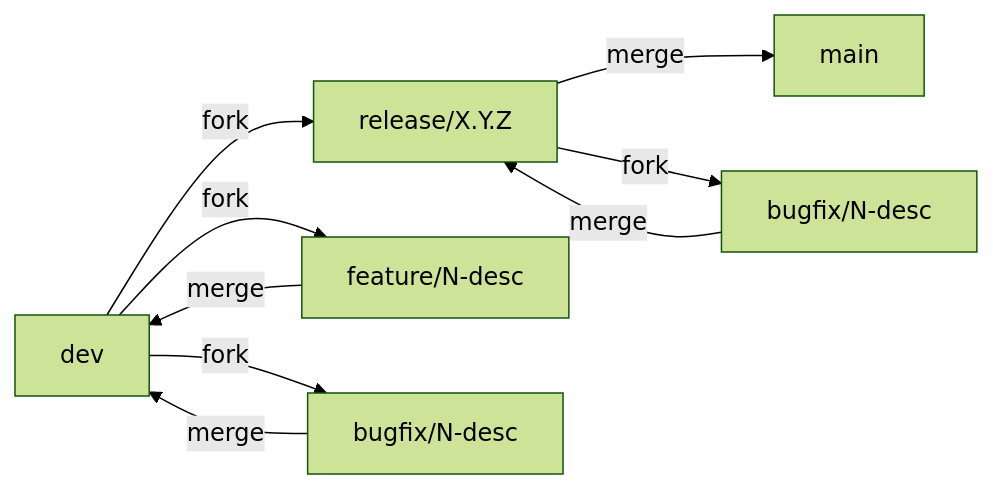
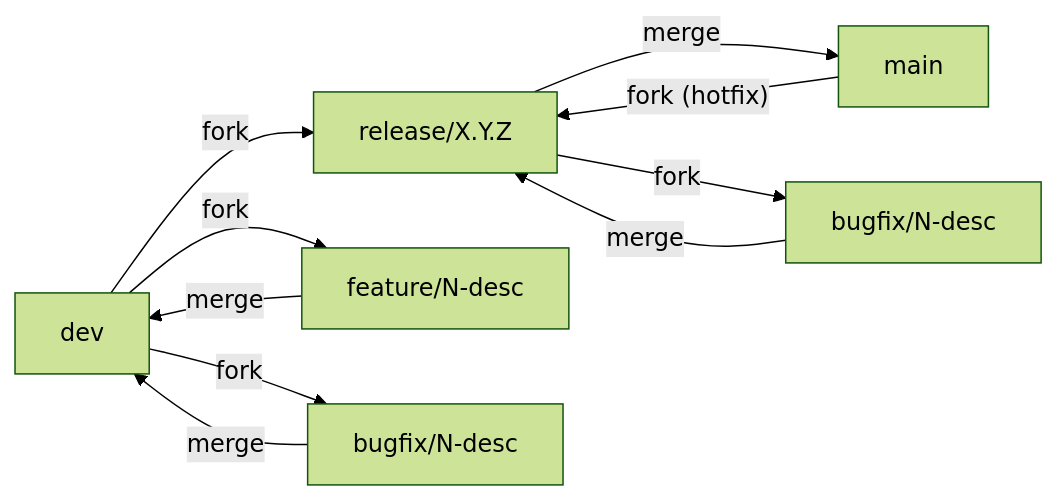
The first of 3 diagrams in docs/RELEASE_CYCLE.md (vig-os/devkit), drawn with Mermaid (forest theme) before and after one commit. The commit also changed other lines of this file and 3 other files, not shown here.

First line of the commit message:
docs(release): document the hotfix lane cut from main

````diff
--- a/docs/RELEASE_CYCLE.md
+++ b/docs/RELEASE_CYCLE.md
@@ -23,11 +23,12 @@
 ```mermaid
 graph LR
     dev[dev] -->|"fork"| release["release/X.Y.Z"]
     release -->|"merge"| main[main]
     dev -->|"fork"| feature["feature/N-desc"]
     feature -->|"merge"| dev
     dev -->|"fork"| bugfix_dev["bugfix/N-desc"]
     bugfix_dev -->|"merge"| dev
     release -->|"fork"| bugfix_rel["bugfix/N-desc"]
     bugfix_rel -->|"merge"| release
+    main -->|"fork (hotfix)"| release
 ```
````
